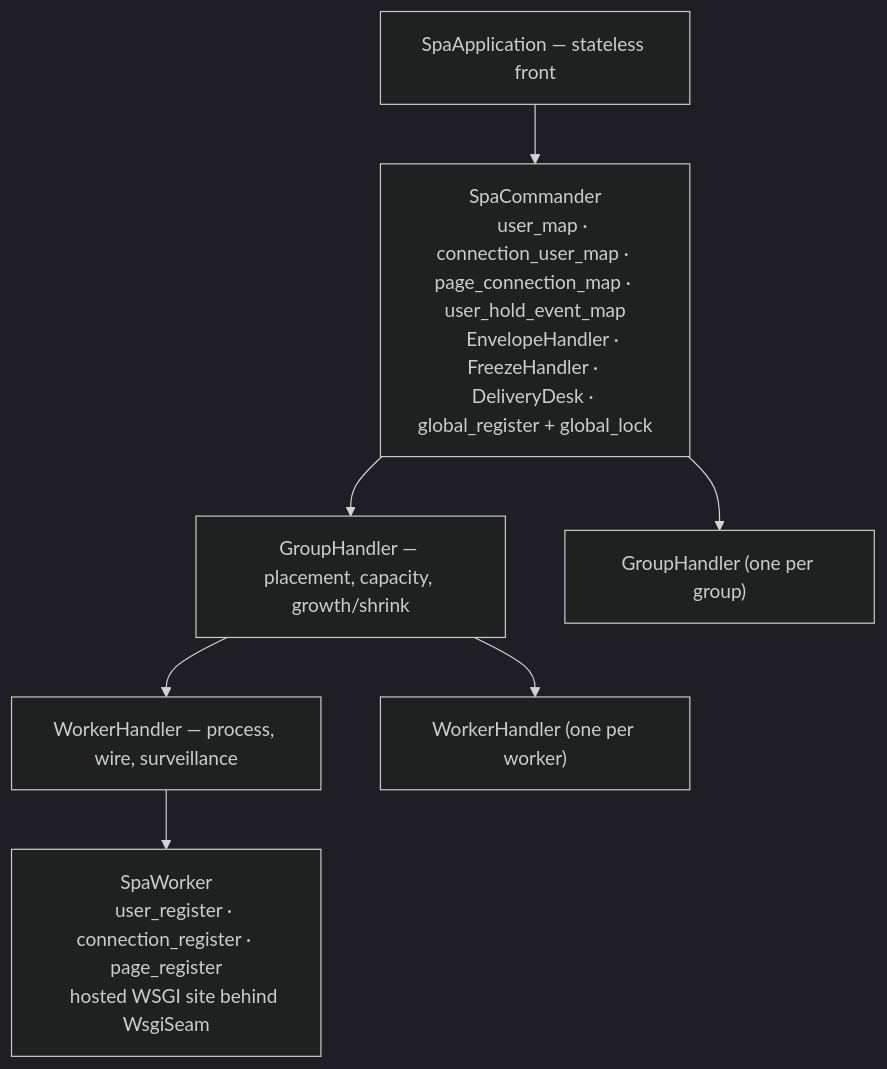
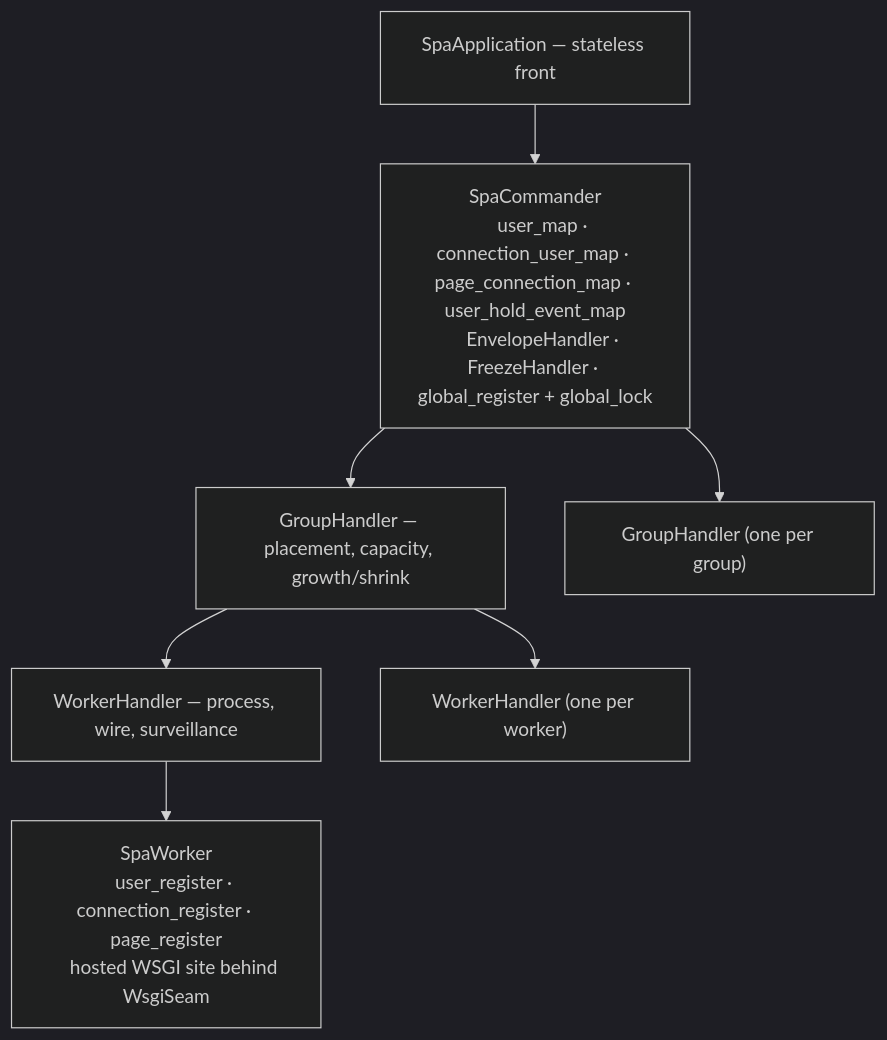
Before and after one commit to genropy/genro-asgi: the first of 2 diagrams in internals/20_spa/020_orchestration/design.md, drawn with Mermaid (dark theme). The commit also changed other lines of this file and 13 other files, not shown here.

````diff
--- a/internals/20_spa/020_orchestration/design.md
+++ b/internals/20_spa/020_orchestration/design.md
@@ -21,13 +21,13 @@
 ```mermaid
 flowchart TD
     F["SpaApplication — stateless front"] --> C["SpaCommander
     user_map · connection_user_map · page_connection_map · user_hold_event_map
-    EnvelopeHandler · FreezeHandler · DeliveryDesk · global_register + global_lock"]
+    EnvelopeHandler · FreezeHandler · global_register + global_lock"]
     C --> G1["GroupHandler — placement, capacity, growth/shrink"]
     C --> G2["GroupHandler (one per group)"]
     G1 --> W1["WorkerHandler — process, wire, surveillance"]
     G1 --> W2["WorkerHandler (one per worker)"]
     W1 --> P1["SpaWorker
     user_register · connection_register · page_register
     hosted WSGI site behind WsgiSeam"]
 ```
````
